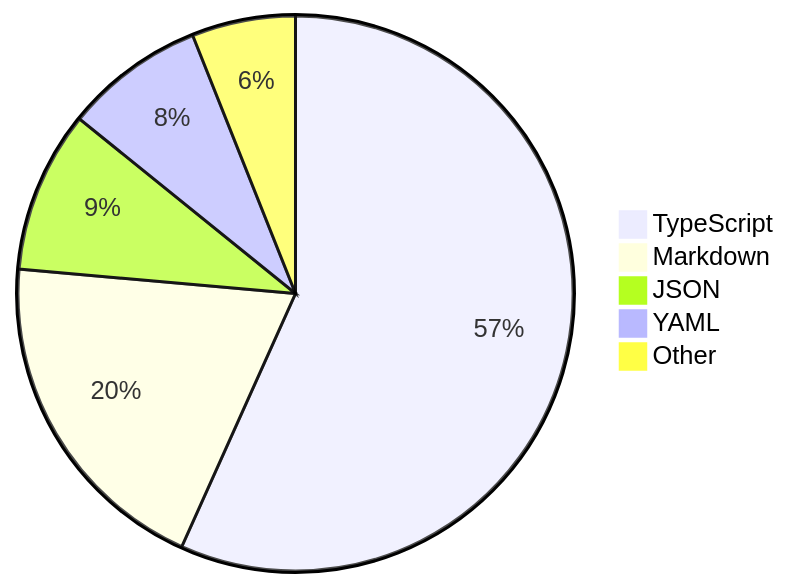
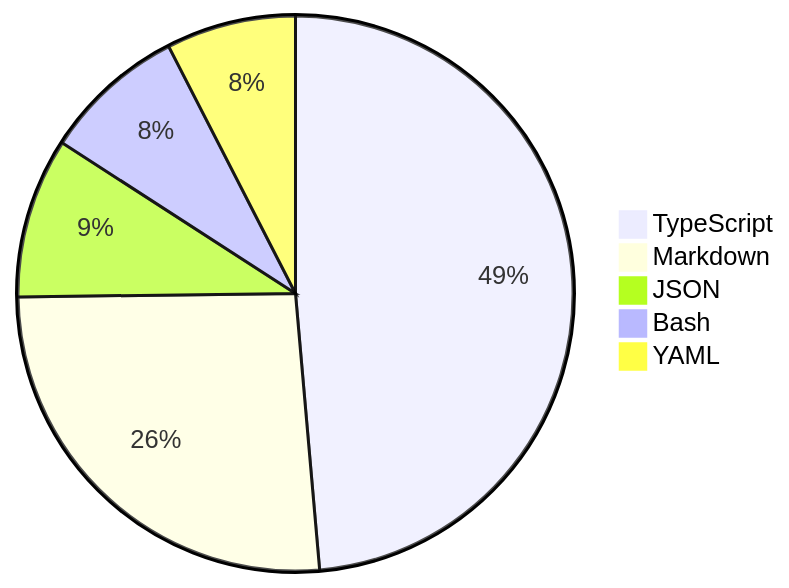
Before and after one commit to skvggor/skvggor: the diagram in README.md, drawn with Mermaid.

Commit message:
Updated waka-readme graph with new metrics

````diff
--- a/README.md
+++ b/README.md
@@ -34,8 +34,8 @@
 ```mermaid
 pie
-    "TypeScript" : 53.6
-    "Markdown" : 18.6
-    "JSON" : 8.9
-    "YAML" : 7.7
-    "Other" : 5.7
+    "TypeScript" : 43.8
+    "Markdown" : 23.6
+    "JSON" : 8.4
+    "Bash" : 7.5
+    "YAML" : 6.8
 ```
````
